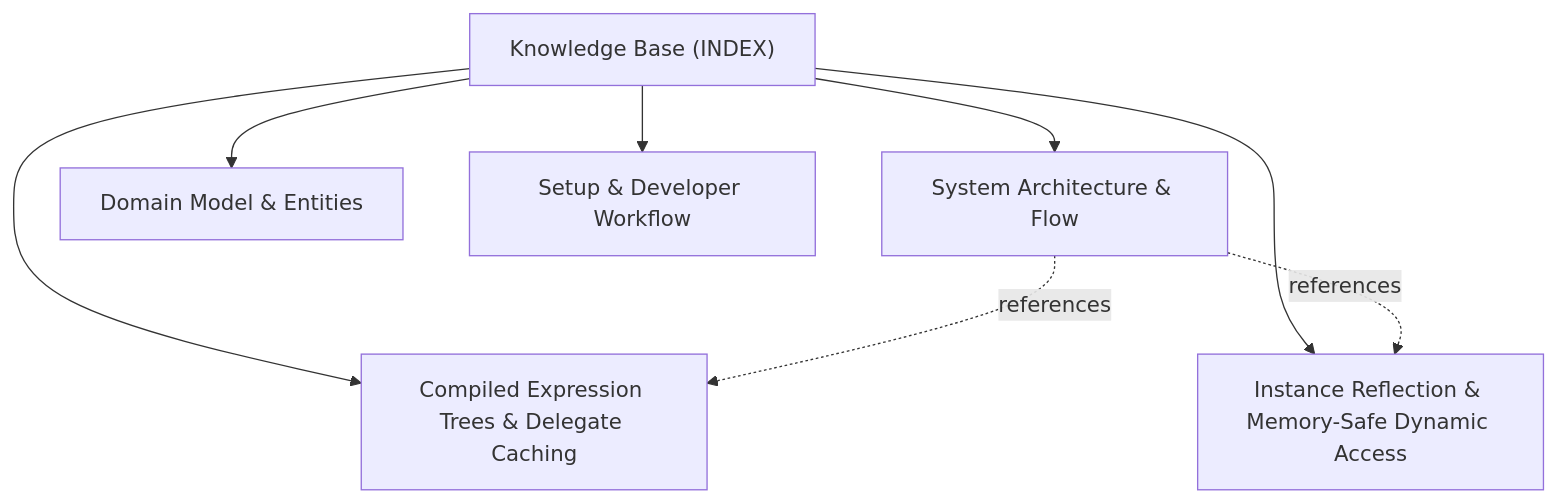
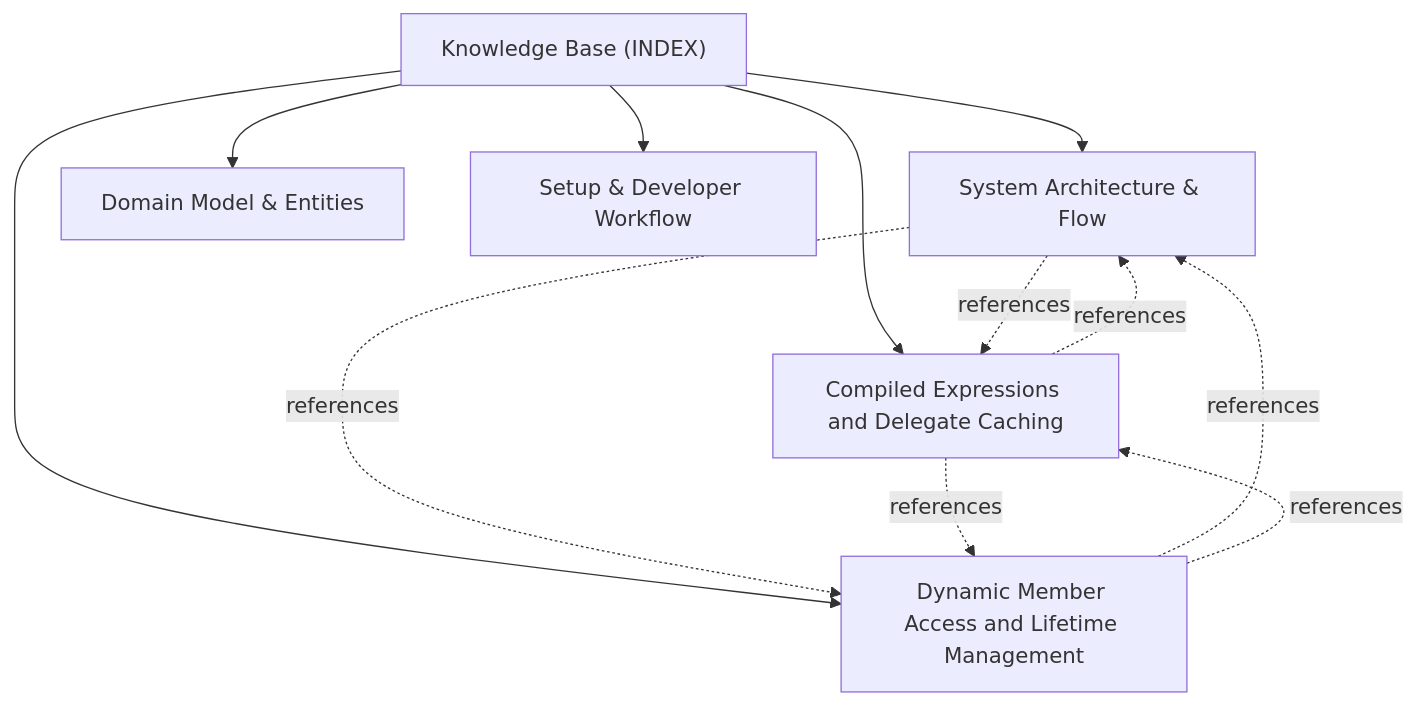
Before and after one commit to actdim/practix: the diagram in ActDim.Reflectron/docs/INDEX.md, drawn with Mermaid. The commit also changed other lines of this file and 247 other files, not shown here.

````diff
--- a/ActDim.Reflectron/docs/INDEX.md
+++ b/ActDim.Reflectron/docs/INDEX.md
@@ -18,16 +18,20 @@
 ```mermaid
 flowchart TD
     INDEX["Knowledge Base (INDEX)"]
     T_ARCHITECTURE["System Architecture & Flow"]
     INDEX --> T_ARCHITECTURE
-    T_COMPILED_EXPRESSIONS_AND_DELEGATES["Compiled Expression Trees & Delegate Caching"]
+    T_COMPILED_EXPRESSIONS_AND_DELEGATES["Compiled Expressions and Delegate Caching"]
     INDEX --> T_COMPILED_EXPRESSIONS_AND_DELEGATES
     T_DOMAIN_MODEL["Domain Model & Entities"]
     INDEX --> T_DOMAIN_MODEL
-    T_DYNAMIC_MEMBER_ACCESS["Instance Reflection & Memory-Safe Dynamic Access"]
+    T_DYNAMIC_MEMBER_ACCESS["Dynamic Member Access and Lifetime Management"]
     INDEX --> T_DYNAMIC_MEMBER_ACCESS
     T_SETUP_AND_WORKFLOW["Setup & Developer Workflow"]
     INDEX --> T_SETUP_AND_WORKFLOW
     T_ARCHITECTURE -.->|references| T_COMPILED_EXPRESSIONS_AND_DELEGATES
     T_ARCHITECTURE -.->|references| T_DYNAMIC_MEMBER_ACCESS
+    T_COMPILED_EXPRESSIONS_AND_DELEGATES -.->|references| T_ARCHITECTURE
+    T_COMPILED_EXPRESSIONS_AND_DELEGATES -.->|references| T_DYNAMIC_MEMBER_ACCESS
+    T_DYNAMIC_MEMBER_ACCESS -.->|references| T_ARCHITECTURE
+    T_DYNAMIC_MEMBER_ACCESS -.->|references| T_COMPILED_EXPRESSIONS_AND_DELEGATES
 ```
````
